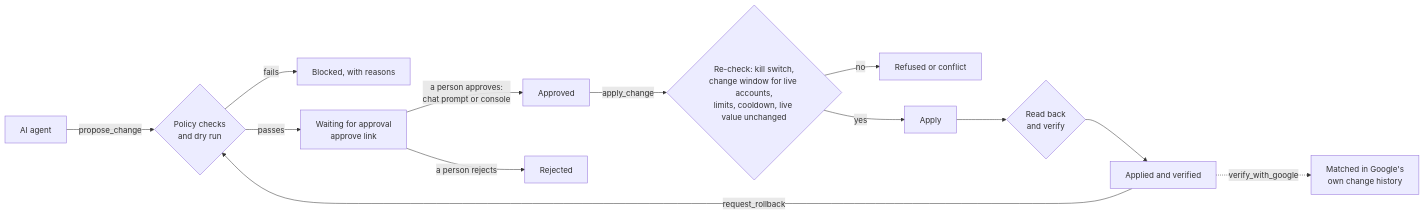
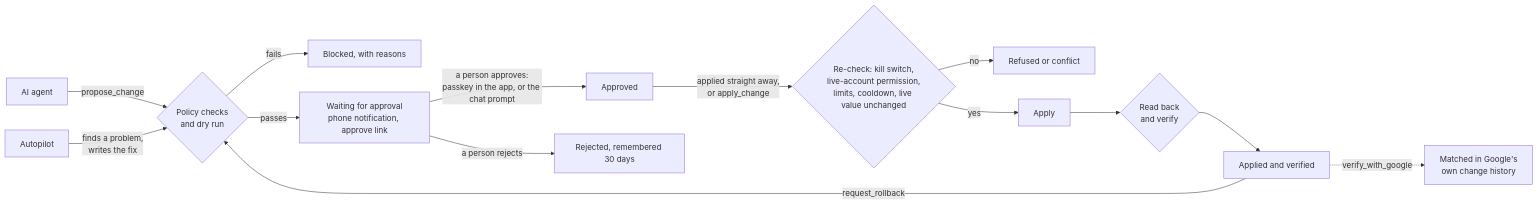
The diagram in README.md (DebashishKumarBora/Campaign-Ops-MCP), drawn with Mermaid before and after one commit. The commit also changed other lines of this file and 9 other files, not shown here.

````diff
--- a/README.md
+++ b/README.md
@@ -47,15 +58,16 @@
 ```mermaid
 flowchart LR
   A[AI agent] -->|propose_change| B{Policy checks<br/>and dry run}
+  P[Autopilot] -->|finds a problem,<br/>writes the fix| B
   B -->|fails| X[Blocked, with reasons]
-  B -->|passes| C[Waiting for approval<br/>approve link]
-  C -->|a person approves:<br/>chat prompt or console| D[Approved]
-  C -->|a person rejects| R[Rejected]
-  D -->|apply_change| E{Re-check: kill switch,<br/>change window for live accounts,<br/>limits, cooldown, live value unchanged}
+  B -->|passes| C[Waiting for approval<br/>phone notification, approve link]
+  C -->|a person approves:<br/>passkey in the app, or the chat prompt| D[Approved]
+  C -->|a person rejects| R[Rejected, remembered 30 days]
+  D -->|applied straight away,<br/>or apply_change| E{Re-check: kill switch,<br/>live-account permission,<br/>limits, cooldown, live value unchanged}
   E -->|no| F[Refused or conflict]
   E -->|yes| G[Apply]
   G --> H{Read back<br/>and verify}
   H --> I[Applied and verified]
   I -->|request_rollback| B
   I -.->|verify_with_google| W[Matched in Google's<br/>own change history]
 ```
````
